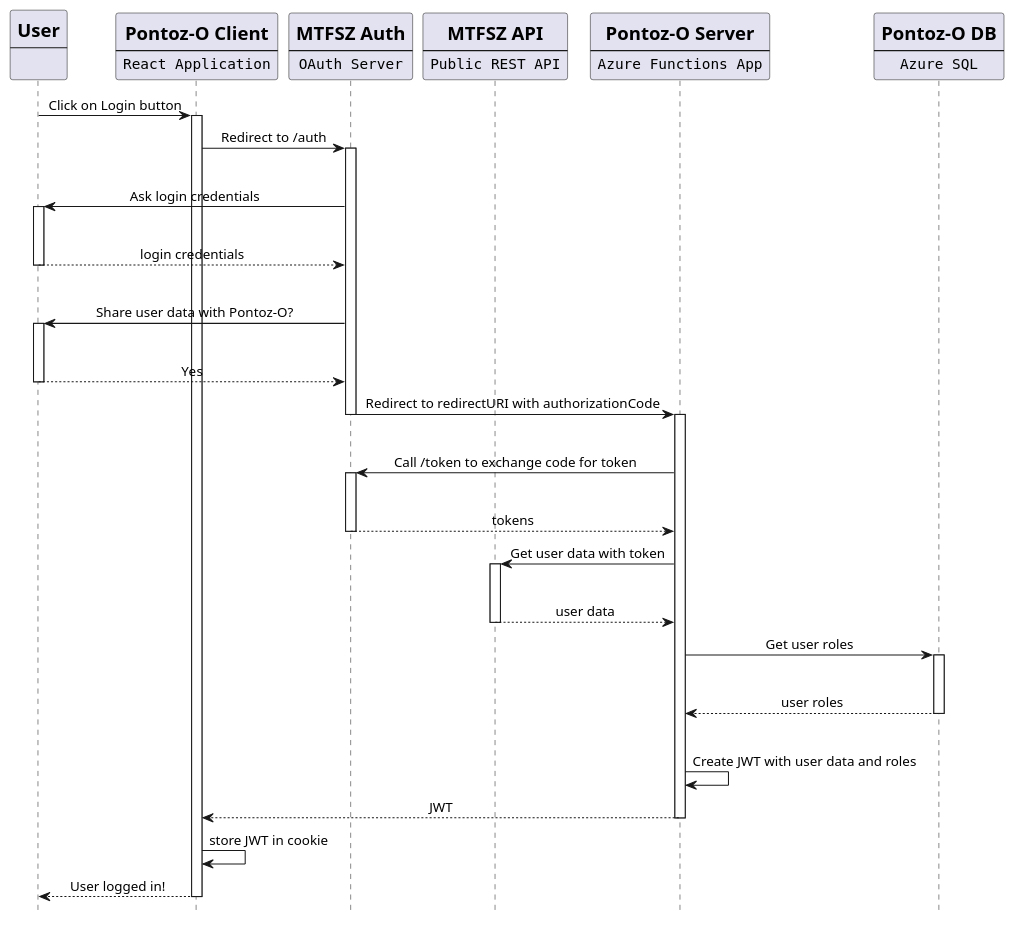
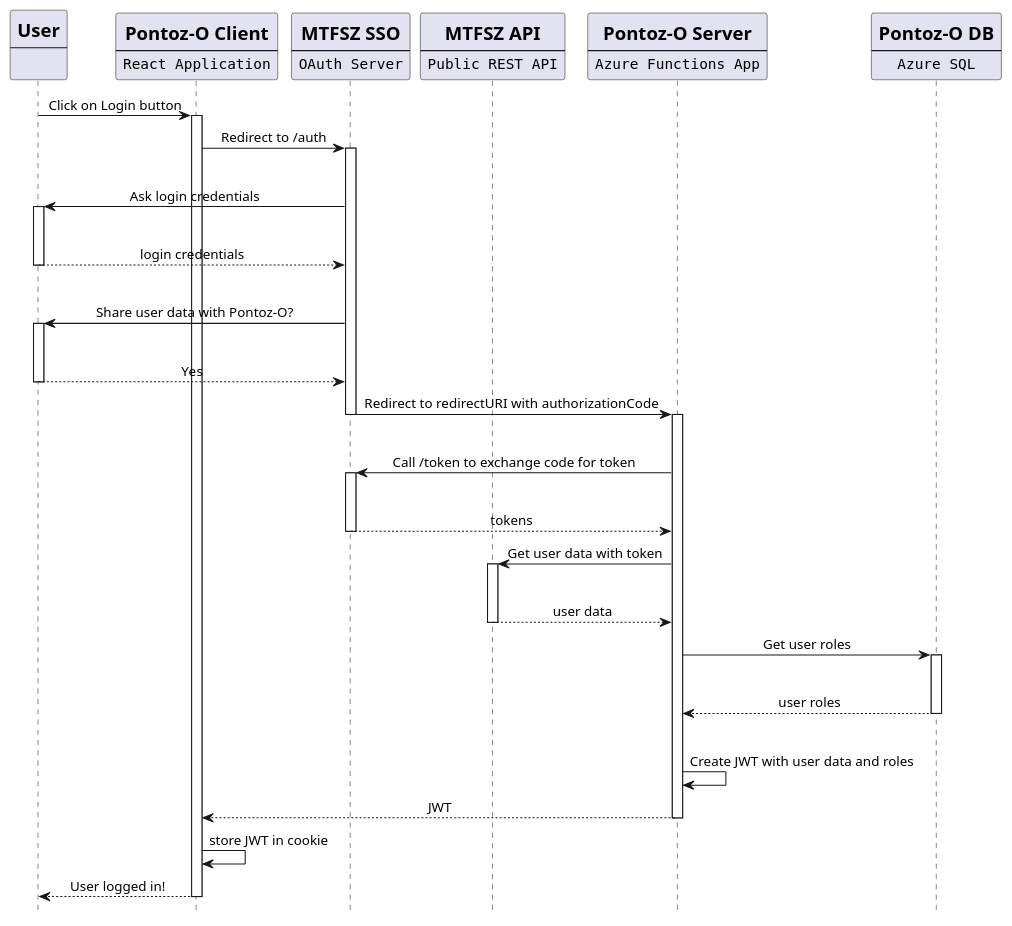
The diagram in docs/authCode.puml (Tschonti/pontozo), drawn with PlantUML before and after one commit.

Commit message:
authentication flow diagram updates

```diff
--- a/docs/authCode.puml
+++ b/docs/authCode.puml
@@ -1,66 +1,66 @@
-@startuml
+@startuml Pontoz-O Authentication Flow
 hide footbox
 skinparam sequenceMessageAlign center
 participant user[
     =User
     ----
     """"
 ]
 
 participant webapp[
     =Pontoz-O Client
     ----
     ""React Application""
 ]
 
 participant mauth[
-    =MTFSZ Auth
+    =MTFSZ SSO
     ----
     ""OAuth Server""
 ]
 
 participant mapi[
     =MTFSZ API
     ----
     ""Public REST API""
 ]
 
 participant funcapp[
     =Pontoz-O Server
     ----
     ""Azure Functions App""
 ]
 
 participant db[
     =Pontoz-O DB
     ----
     ""Azure SQL""
 ]
 
 user -> webapp ++: Click on Login button
 webapp -> mauth ++: Redirect to /auth
 |||
 mauth -> user ++: Ask login credentials
 |||
 return login credentials
 |||
 mauth -> user++: Share user data with Pontoz-O?
 |||
 return Yes
 mauth -> funcapp --++: Redirect to redirectURI with authorizationCode
 |||
 funcapp -> mauth++: Call /token to exchange code for token
 |||
 return tokens
 funcapp -> mapi ++: Get user data with token
 |||
 return user data
 funcapp -> db ++: Get user roles
 |||
 return user roles
 |||
 funcapp -> funcapp: Create JWT with user data and roles
 funcapp --> webapp--: JWT
 webapp -> webapp: store JWT in cookie
 return User logged in!
 @enduml
```
